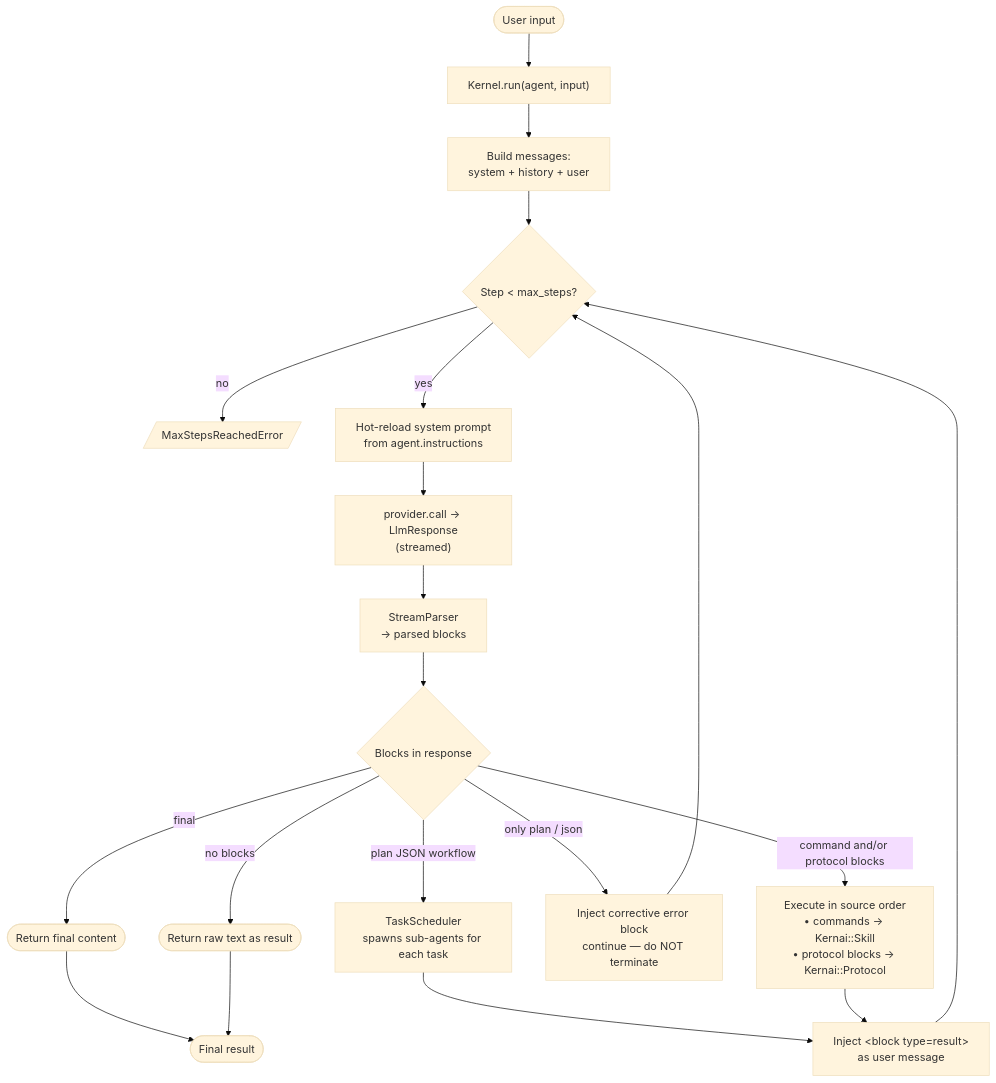
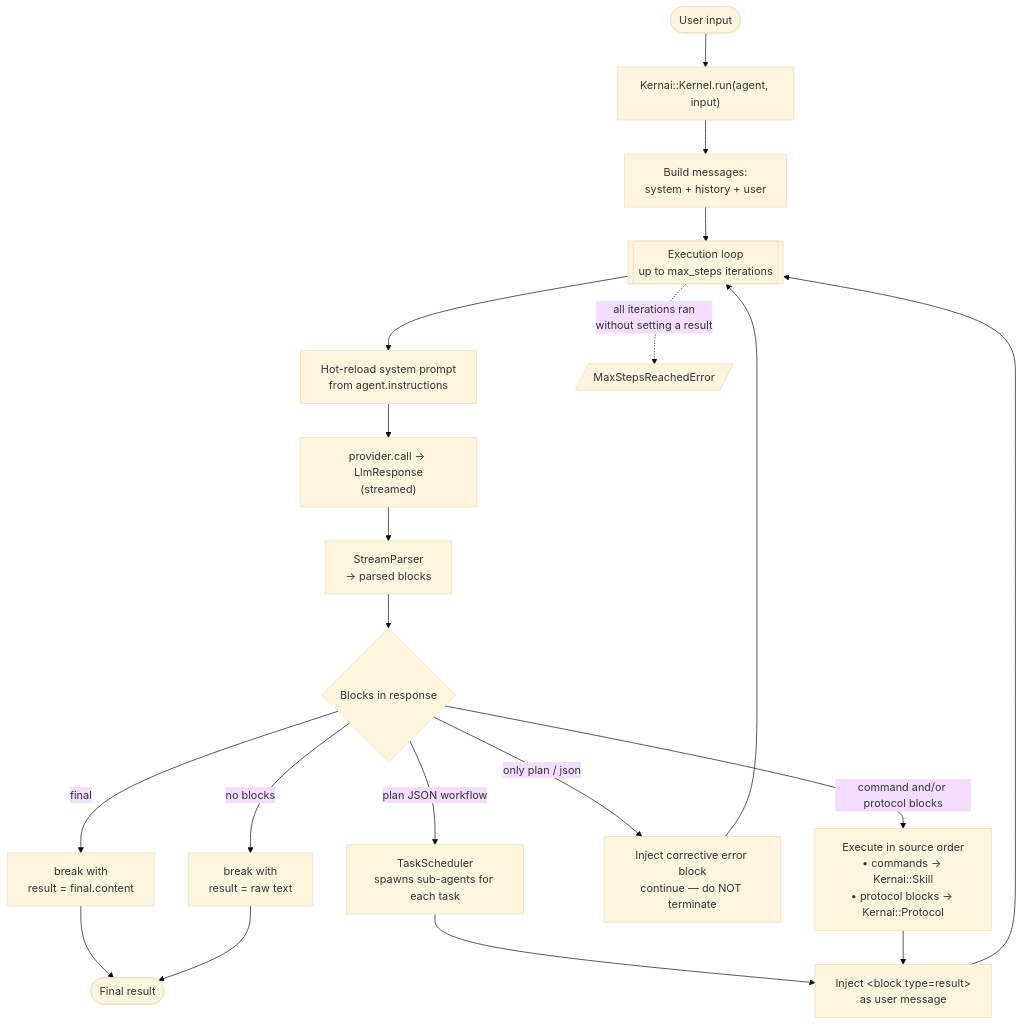
One commit to Eth3rnit3/kernai changed the first of 3 diagrams in README.md. Above: the diagram before and after it, drawn with Mermaid (base theme). The commit also changed other lines of this file, not shown here.

````diff
--- a/README.md
+++ b/README.md
@@ -82,26 +82,26 @@
 ```mermaid
 flowchart TD
-    Input([User input]) --> Run["Kernel.run(agent, input)"]
+    Input([User input]) --> Run["Kernai::Kernel.run(agent, input)"]
     Run --> Build[Build messages:<br/>system + history + user]
-    Build --> StepCheck{Step &lt; max_steps?}
-    StepCheck -- no --> MaxErr[/MaxStepsReachedError/]
+    Build --> Loop[["Execution loop<br/>up to max_steps iterations"]]
 
-    StepCheck -- yes --> Hot[Hot-reload system prompt<br/>from agent.instructions]
+    Loop --> Hot[Hot-reload system prompt<br/>from agent.instructions]
     Hot --> Call["provider.call → LlmResponse<br/>(streamed)"]
     Call --> Parse[StreamParser<br/>→ parsed blocks]
     Parse --> Classify{Blocks in response}
 
     Classify -- "plan JSON workflow" --> Workflow[TaskScheduler<br/>spawns sub-agents for each task]
     Classify -- "command and/or protocol blocks" --> Actionable[Execute in source order<br/>• commands → Kernai::Skill<br/>• protocol blocks → Kernai::Protocol]
-    Classify -- "final" --> Final([Return final content])
+    Classify -- "final" --> SetFinal[break with<br/>result = final.content]
     Classify -- "only plan / json" --> InfoOnly[Inject corrective error block<br/>continue — do NOT terminate]
-    Classify -- "no blocks" --> Raw([Return raw text as result])
+    Classify -- "no blocks" --> SetRaw[break with<br/>result = raw text]
 
     Workflow --> Inject[Inject &lt;block type=result&gt;<br/>as user message]
     Actionable --> Inject
-    Inject --> StepCheck
-    InfoOnly --> StepCheck
+    Inject --> Loop
+    InfoOnly --> Loop
 
-    Final --> Out([Final result])
-    Raw --> Out
+    SetFinal --> Out([Final result])
+    SetRaw --> Out
+    Loop -. "all iterations ran<br/>without setting a result" .-> MaxErr[/MaxStepsReachedError/]
 ```
````
